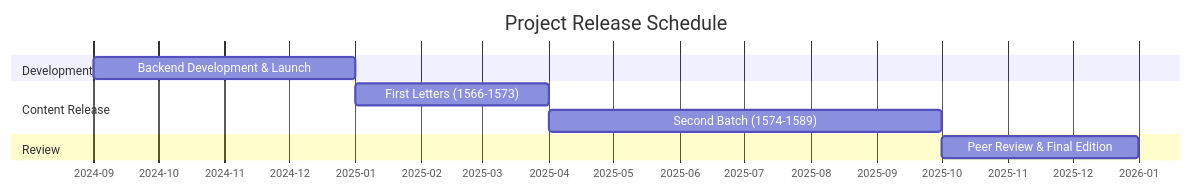
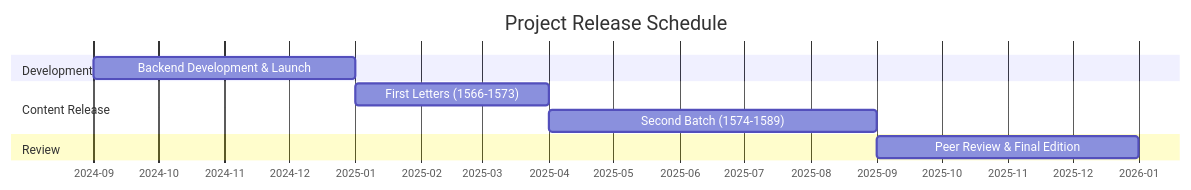
Before and after one commit to Pantagrueliste/CavrianaCorr: the diagram in README.md, drawn with Mermaid. The commit also changed other lines of this file, not shown here.

````diff
--- a/README.md
+++ b/README.md
@@ -29,16 +29,16 @@
 ```mermaid
 gantt
     title Project Release Schedule
     dateFormat YYYY-MM
     axisFormat %Y-%m
     
     section Development
     Backend Development & Launch :2024-09, 2025-01
     
     section Content Release
     First Letters (1566-1573)    :2025-01, 2025-04
-    Second Batch (1574-1589)     :2025-04, 2025-10
+    Second Batch (1574-1589)     :2025-04, 2025-09
     
     section Review
-    Peer Review & Final Edition  :2025-10, 2026-01
+    Peer Review & Final Edition  :2025-09, 2026-01
 ```
````
